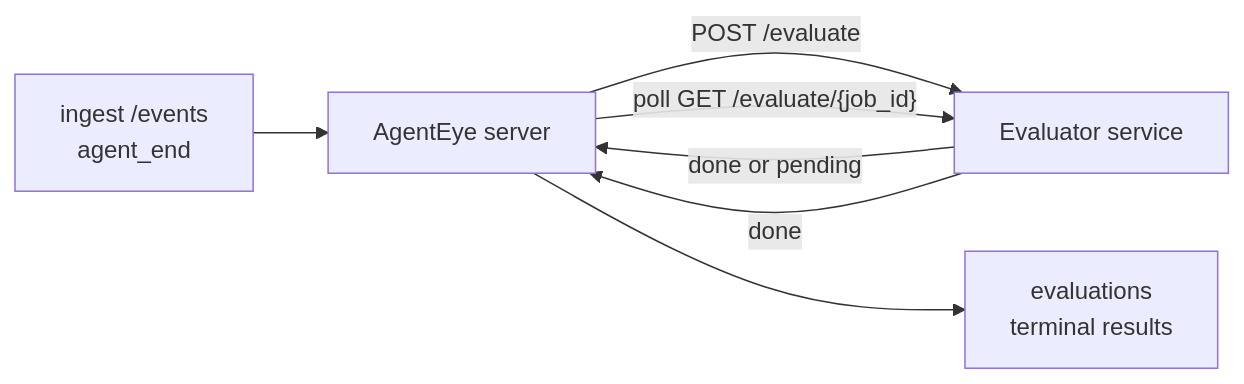
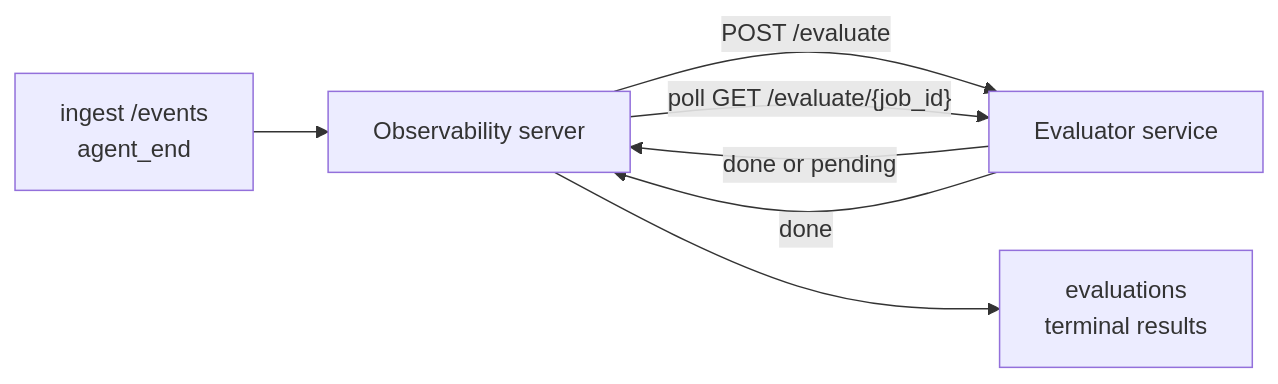
One commit to GongYuanCaiJi/failproofai changed the diagram in docs/agenteye/evaluation-suite.mdx. Above: the diagram before and after it, drawn with Mermaid. The commit also changed other lines of this file and 34 other files, not shown here.

````diff
--- a/docs/agenteye/evaluation-suite.mdx
+++ b/docs/agenteye/evaluation-suite.mdx
@@ -25,9 +25,9 @@
 ```mermaid
 flowchart LR
-    ING["ingest /events<br/>agent_end"] --> SRV["AgentEye server"]
+    ING["ingest /events<br/>agent_end"] --> SRV["Observability server"]
     SRV -->|"POST /evaluate"| EV["Evaluator service"]
     EV -->|"done or pending"| SRV
     SRV -->|"poll GET /evaluate/{job_id}"| EV
     EV -->|"done"| SRV
     SRV --> RES["evaluations<br/>terminal results"]
 ```
````
